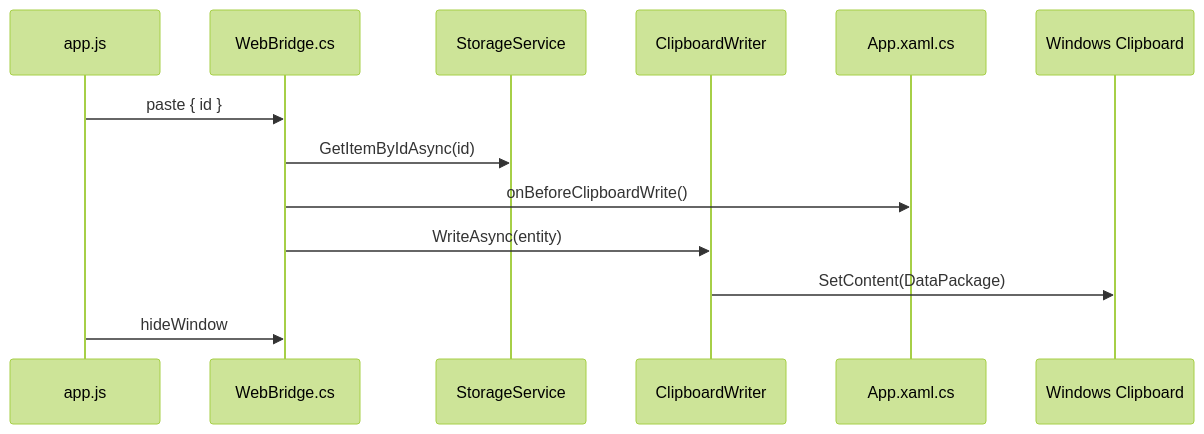
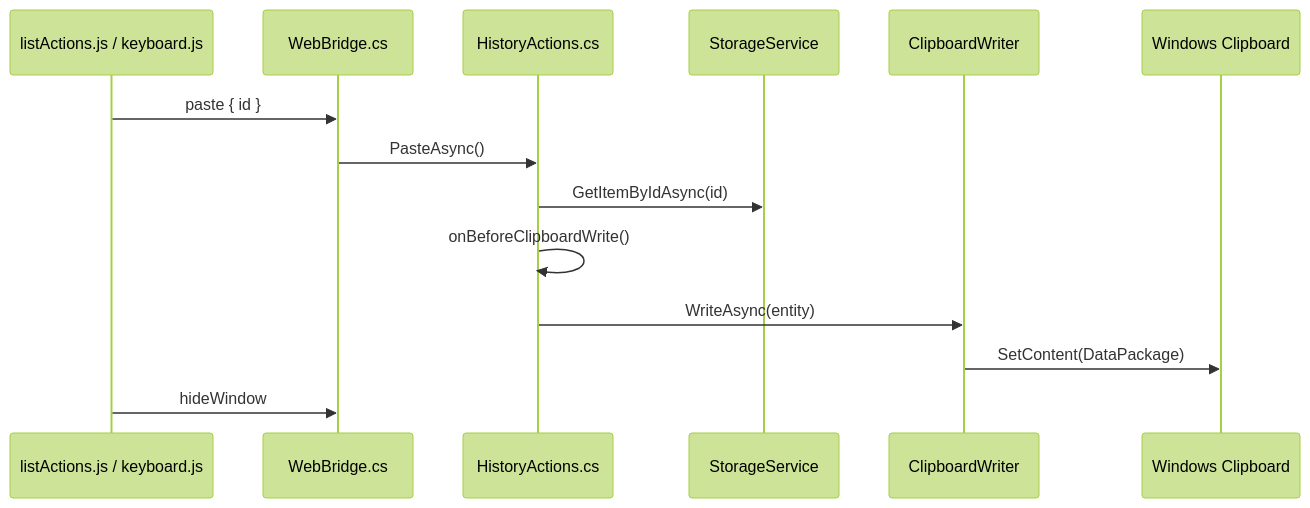
The third of 5 diagrams in system_map.md (KingOF-LiTan/EasyClipBoard-for-Windows11), drawn with Mermaid (forest theme) before and after one commit. The commit also changed other lines of this file and 21 other files, not shown here.

````diff
--- a/system_map.md
+++ b/system_map.md
@@ -101,16 +190,17 @@
 ```mermaid
 sequenceDiagram
-    participant JS as app.js
+    participant JS as listActions.js / keyboard.js
     participant Bridge as WebBridge.cs
+    participant History as HistoryActions.cs
     participant Storage as StorageService
     participant Writer as ClipboardWriter
-    participant App as App.xaml.cs
     participant Win as Windows Clipboard
 
     JS->>Bridge: paste { id }
-    Bridge->>Storage: GetItemByIdAsync(id)
-    Bridge->>App: onBeforeClipboardWrite()
-    Bridge->>Writer: WriteAsync(entity)
+    Bridge->>History: PasteAsync()
+    History->>Storage: GetItemByIdAsync(id)
+    History->>History: onBeforeClipboardWrite()
+    History->>Writer: WriteAsync(entity)
     Writer->>Win: SetContent(DataPackage)
     JS->>Bridge: hideWindow
 ```
````
